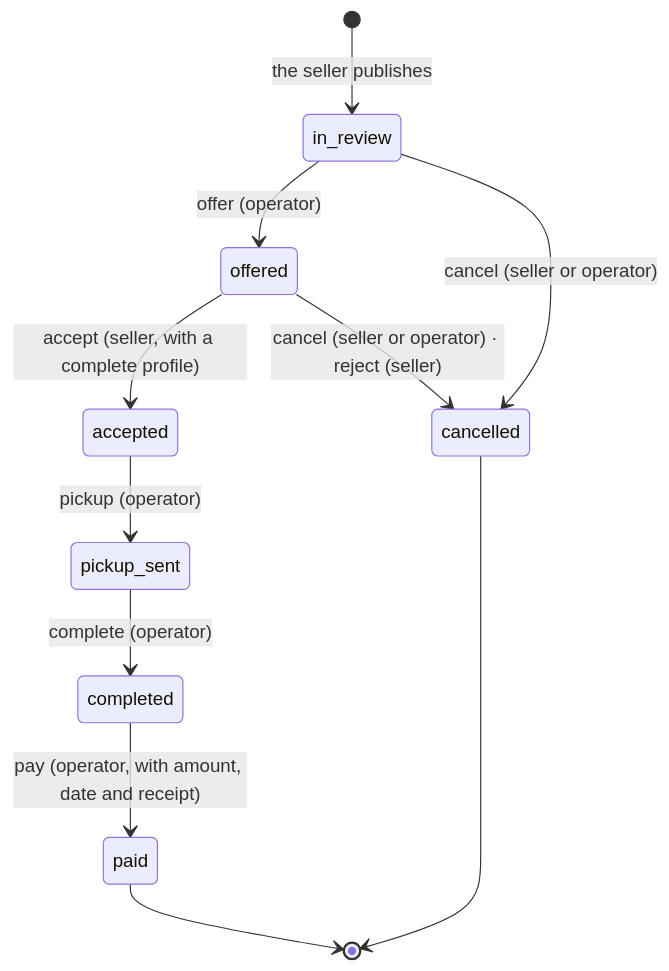
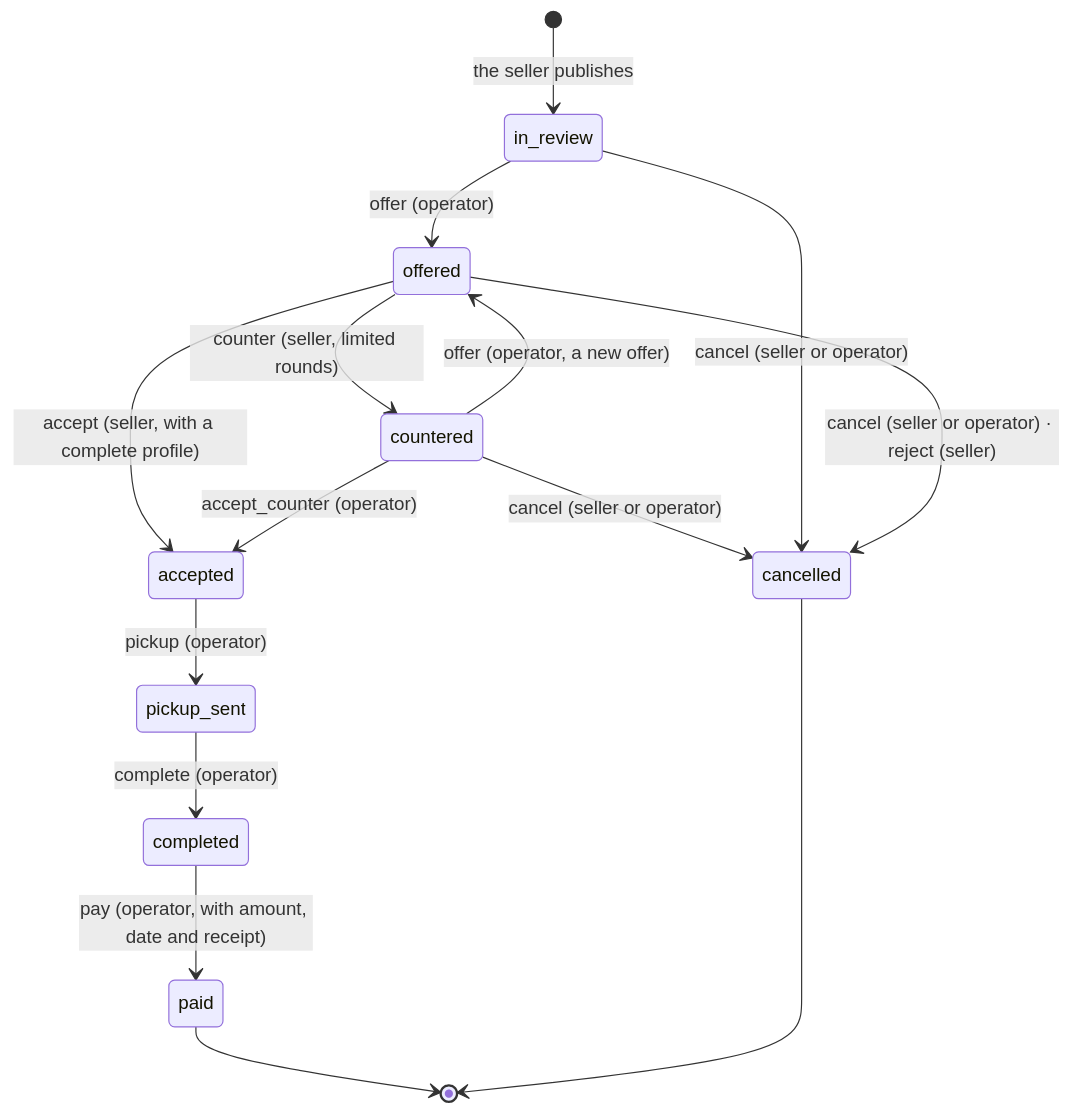
Before and after one commit to soyandresdev/trueke: the second of 2 diagrams in docs/architecture.md, drawn with Mermaid. The commit also changed 41 other files, not shown here.

````diff
--- a/docs/architecture.md
+++ b/docs/architecture.md
@@ -41,13 +41,17 @@
 ```mermaid
 stateDiagram-v2
   [*] --> in_review: the seller publishes
   in_review --> offered: offer (operator)
   offered --> accepted: accept (seller, with a complete profile)
+  offered --> countered: counter (seller, limited rounds)
+  countered --> accepted: accept_counter (operator)
+  countered --> offered: offer (operator, a new offer)
+  countered --> cancelled: cancel (seller or operator)
   accepted --> pickup_sent: pickup (operator)
   pickup_sent --> completed: complete (operator)
   completed --> paid: pay (operator, with amount, date and receipt)
   in_review --> cancelled: cancel (seller or operator)
   offered --> cancelled: cancel (seller or operator) · reject (seller)
   paid --> [*]
   cancelled --> [*]
 ```
````
